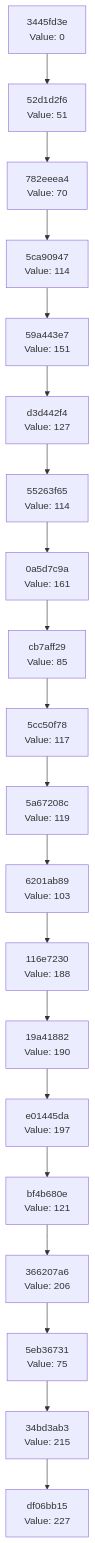
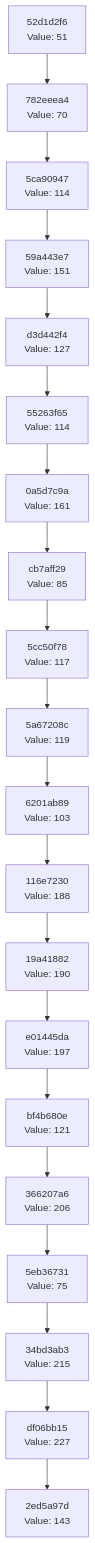
The diagram in docs/CHAIN_VISUALIZATION.md (Abhisheksinha1506/hash-chain-evolver), drawn with Mermaid before and after one commit. The commit also changed 2 other files, not shown here.

Commit message:
Evolution Step

````diff
--- a/docs/CHAIN_VISUALIZATION.md
+++ b/docs/CHAIN_VISUALIZATION.md
@@ -3,42 +3,42 @@
 ```mermaid
 graph TD
-    C0["df06bb15<br/>Value: 227"]
-    C1["34bd3ab3<br/>Value: 215"]
+    C0["2ed5a97d<br/>Value: 143"]
+    C1["df06bb15<br/>Value: 227"]
     C1 --> C0
-    C2["5eb36731<br/>Value: 75"]
+    C2["34bd3ab3<br/>Value: 215"]
     C2 --> C1
-    C3["366207a6<br/>Value: 206"]
+    C3["5eb36731<br/>Value: 75"]
     C3 --> C2
-    C4["bf4b680e<br/>Value: 121"]
+    C4["366207a6<br/>Value: 206"]
     C4 --> C3
-    C5["e01445da<br/>Value: 197"]
+    C5["bf4b680e<br/>Value: 121"]
     C5 --> C4
-    C6["19a41882<br/>Value: 190"]
+    C6["e01445da<br/>Value: 197"]
     C6 --> C5
-    C7["116e7230<br/>Value: 188"]
+    C7["19a41882<br/>Value: 190"]
     C7 --> C6
-    C8["6201ab89<br/>Value: 103"]
+    C8["116e7230<br/>Value: 188"]
     C8 --> C7
-    C9["5a67208c<br/>Value: 119"]
+    C9["6201ab89<br/>Value: 103"]
     C9 --> C8
-    C10["5cc50f78<br/>Value: 117"]
+    C10["5a67208c<br/>Value: 119"]
     C10 --> C9
-    C11["cb7aff29<br/>Value: 85"]
+    C11["5cc50f78<br/>Value: 117"]
     C11 --> C10
-    C12["0a5d7c9a<br/>Value: 161"]
+    C12["cb7aff29<br/>Value: 85"]
     C12 --> C11
-    C13["55263f65<br/>Value: 114"]
+    C13["0a5d7c9a<br/>Value: 161"]
     C13 --> C12
-    C14["d3d442f4<br/>Value: 127"]
+    C14["55263f65<br/>Value: 114"]
     C14 --> C13
-    C15["59a443e7<br/>Value: 151"]
+    C15["d3d442f4<br/>Value: 127"]
     C15 --> C14
-    C16["5ca90947<br/>Value: 114"]
+    C16["59a443e7<br/>Value: 151"]
     C16 --> C15
-    C17["782eeea4<br/>Value: 70"]
+    C17["5ca90947<br/>Value: 114"]
     C17 --> C16
-    C18["52d1d2f6<br/>Value: 51"]
+    C18["782eeea4<br/>Value: 70"]
     C18 --> C17
-    C19["3445fd3e<br/>Value: 0"]
+    C19["52d1d2f6<br/>Value: 51"]
     C19 --> C18
 ```
````
